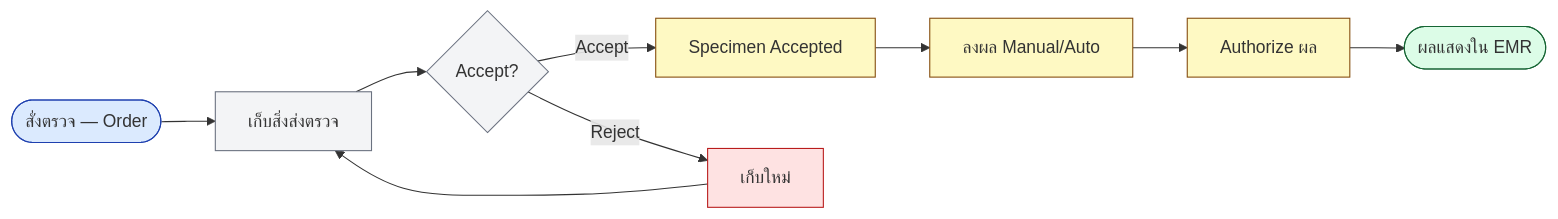
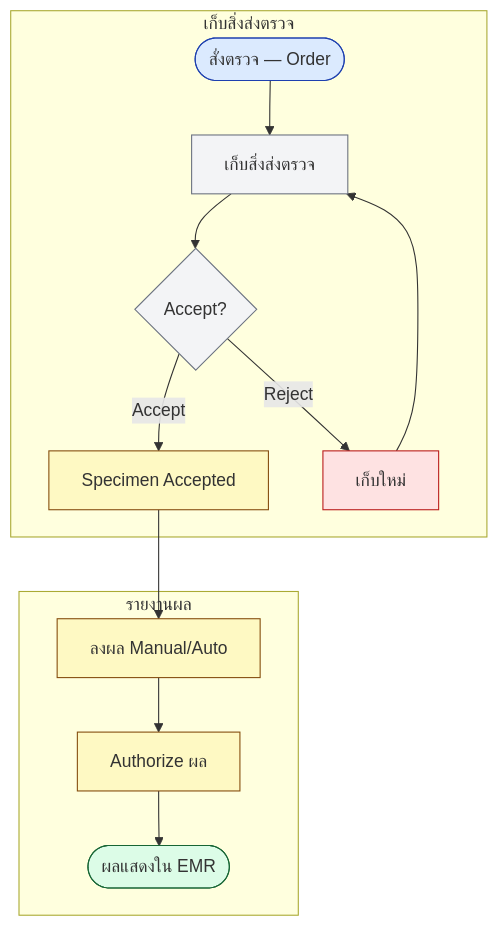
The diagram in public/charts/lab.mmd (npnatt12/KMCH-HIS-Wiki), drawn with Mermaid before and after one commit. The commit also changed 80 other files, not shown here.

First line of the commit message:
feat(charts): restructure all flowcharts with subgraph phases for balanced layout

```diff
--- a/public/charts/lab.mmd
+++ b/public/charts/lab.mmd
@@ -1,17 +1,21 @@
-graph LR
-  A([สั่งตรวจ — Order]) --> B[เก็บสิ่งส่งตรวจ]
-  B --> C{Accept?}
-  C -->|Accept| D[Specimen Accepted]
-  C -->|Reject| E[เก็บใหม่]
-  E --> B
-  D --> F[ลงผล Manual/Auto]
-  F --> G[Authorize ผล]
-  G --> H([ผลแสดงใน EMR])
+graph TB
+  subgraph Specimen["เก็บสิ่งส่งตรวจ"]
+    A([สั่งตรวจ — Order]) --> B[เก็บสิ่งส่งตรวจ]
+    B --> C{Accept?}
+    C -->|Accept| D[Specimen Accepted]
+    C -->|Reject| E[เก็บใหม่]
+    E --> B
+  end
+  subgraph Result["รายงานผล"]
+    D --> F[ลงผล Manual/Auto]
+    F --> G[Authorize ผล]
+    G --> H([ผลแสดงใน EMR])
+  end
   style A fill:#dbeafe,stroke:#1e40af
   style B fill:#f3f4f6,stroke:#6b7280
   style C fill:#f3f4f6,stroke:#6b7280
   style D fill:#fef9c3,stroke:#854d0e
   style E fill:#fee2e2,stroke:#b91c1c
   style F fill:#fef9c3,stroke:#854d0e
   style G fill:#fef9c3,stroke:#854d0e
   style H fill:#dcfce7,stroke:#166534
```
